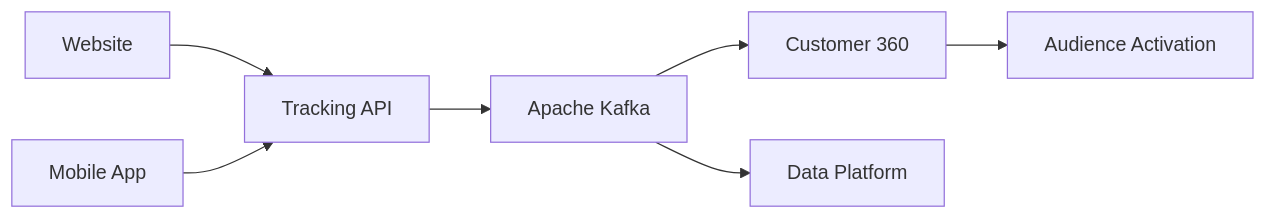
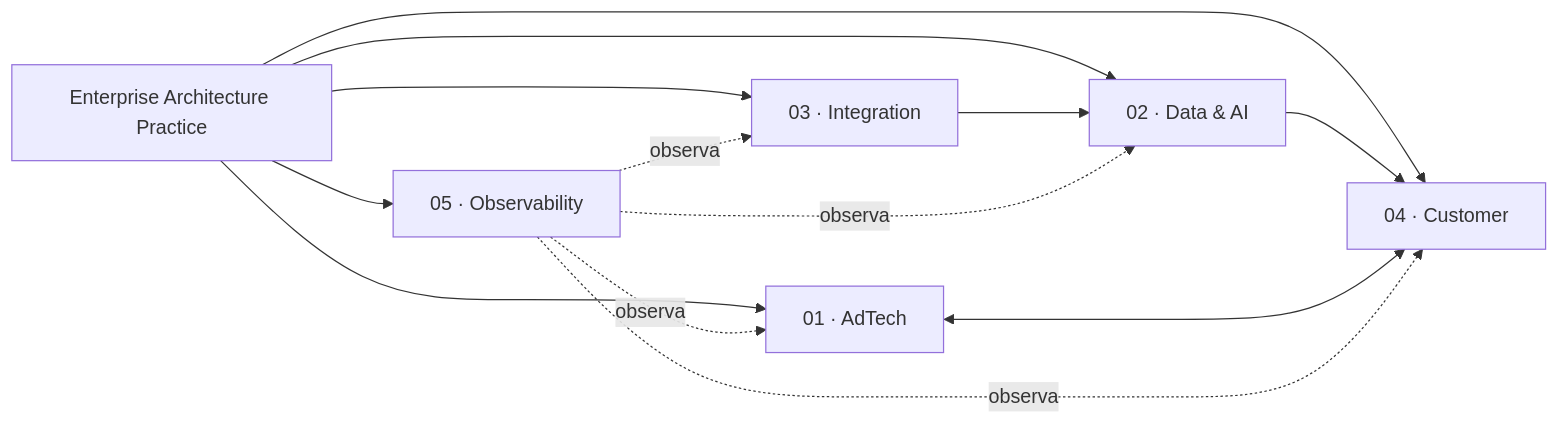
Before and after one commit to rogereufrasio/adtech-omnichannel-platform: the diagram in README.md, drawn with Mermaid. The commit also changed other lines of this file and 260 other files, not shown here.

Commit message:
release: finalize Enterprise Architecture Practice v1.0.0

````diff
--- a/README.md
+++ b/README.md
@@ -115,25 +44,22 @@
 ```mermaid
 flowchart LR
+    EA[Enterprise Architecture Practice]
+    P01[01 · AdTech]
+    P02[02 · Data & AI]
+    P03[03 · Integration]
+    P04[04 · Customer]
+    P05[05 · Observability]
 
-    WEB[Website]
-    APP[Mobile App]
-    TRACK[Tracking API]
-
-    KAFKA[Apache Kafka]
-
-    CDP[Customer 360]
-
-    DATA[Data Platform]
-
-    ACT[Audience Activation]
-
-    WEB --> TRACK
-    APP --> TRACK
-
-    TRACK --> KAFKA
-
-    KAFKA --> CDP
-    KAFKA --> DATA
-
-    CDP --> ACT
+    EA --> P01
+    EA --> P02
+    EA --> P03
+    EA --> P04
+    EA --> P05
+    P03 --> P02
+    P02 --> P04
+    P01 <--> P04
+    P05 -. observa .-> P01
+    P05 -. observa .-> P02
+    P05 -. observa .-> P03
+    P05 -. observa .-> P04
 ```
````
